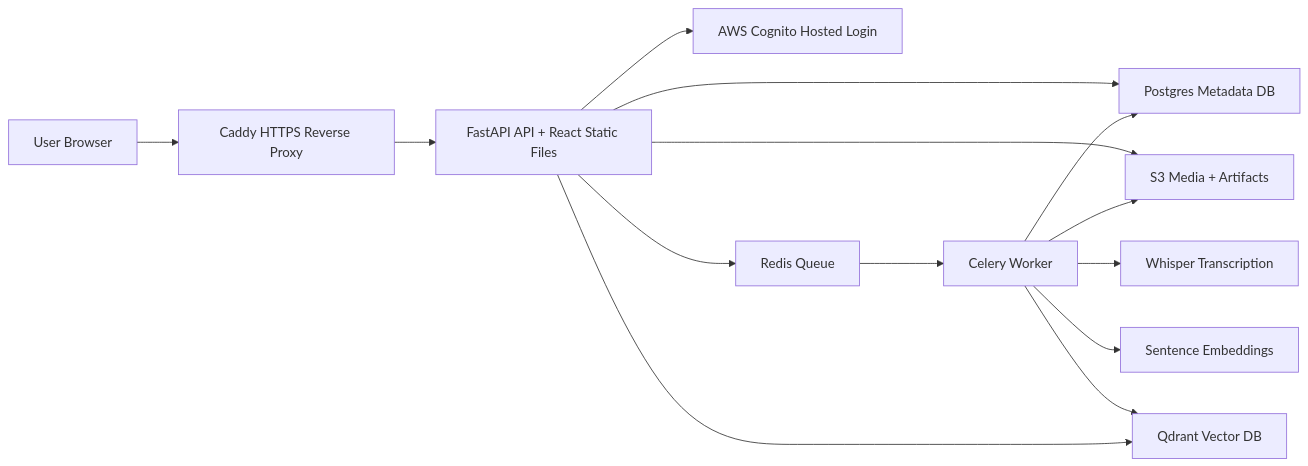
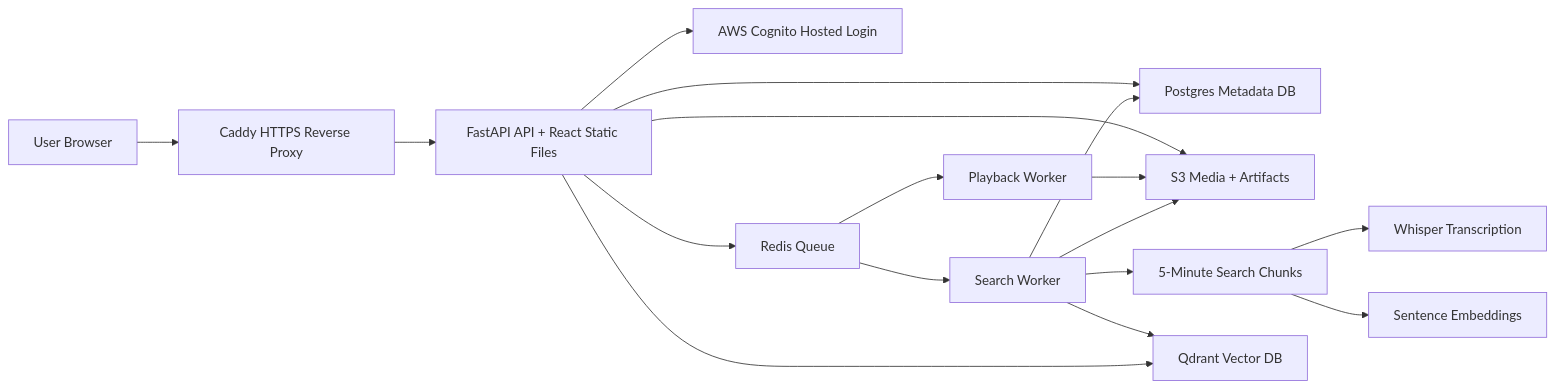
Before and after one commit to DavidQifongJiang/Vindex: the diagram in README.md, drawn with Mermaid. The commit also changed other lines of this file and 2 other files, not shown here.

````diff
--- a/README.md
+++ b/README.md
@@ -26,16 +49,19 @@
 ```mermaid
 flowchart LR
     User["User Browser"] --> HTTPS["Caddy HTTPS Reverse Proxy"]
     HTTPS --> API["FastAPI API + React Static Files"]
     API --> Cognito["AWS Cognito Hosted Login"]
     API --> Postgres["Postgres Metadata DB"]
     API --> S3["S3 Media + Artifacts"]
     API --> Redis["Redis Queue"]
-    Redis --> Worker["Celery Worker"]
-    Worker --> S3
-    Worker --> Postgres
-    Worker --> Whisper["Whisper Transcription"]
-    Worker --> Embeddings["Sentence Embeddings"]
-    Worker --> Qdrant["Qdrant Vector DB"]
+    Redis --> PlaybackWorker["Playback Worker"]
+    Redis --> SearchWorker["Search Worker"]
+    SearchWorker --> Chunks["5-Minute Search Chunks"]
+    Chunks --> Whisper["Whisper Transcription"]
+    Chunks --> Embeddings["Sentence Embeddings"]
+    PlaybackWorker --> S3
+    SearchWorker --> S3
+    SearchWorker --> Postgres
+    SearchWorker --> Qdrant["Qdrant Vector DB"]
     API --> Qdrant
 ```
````
